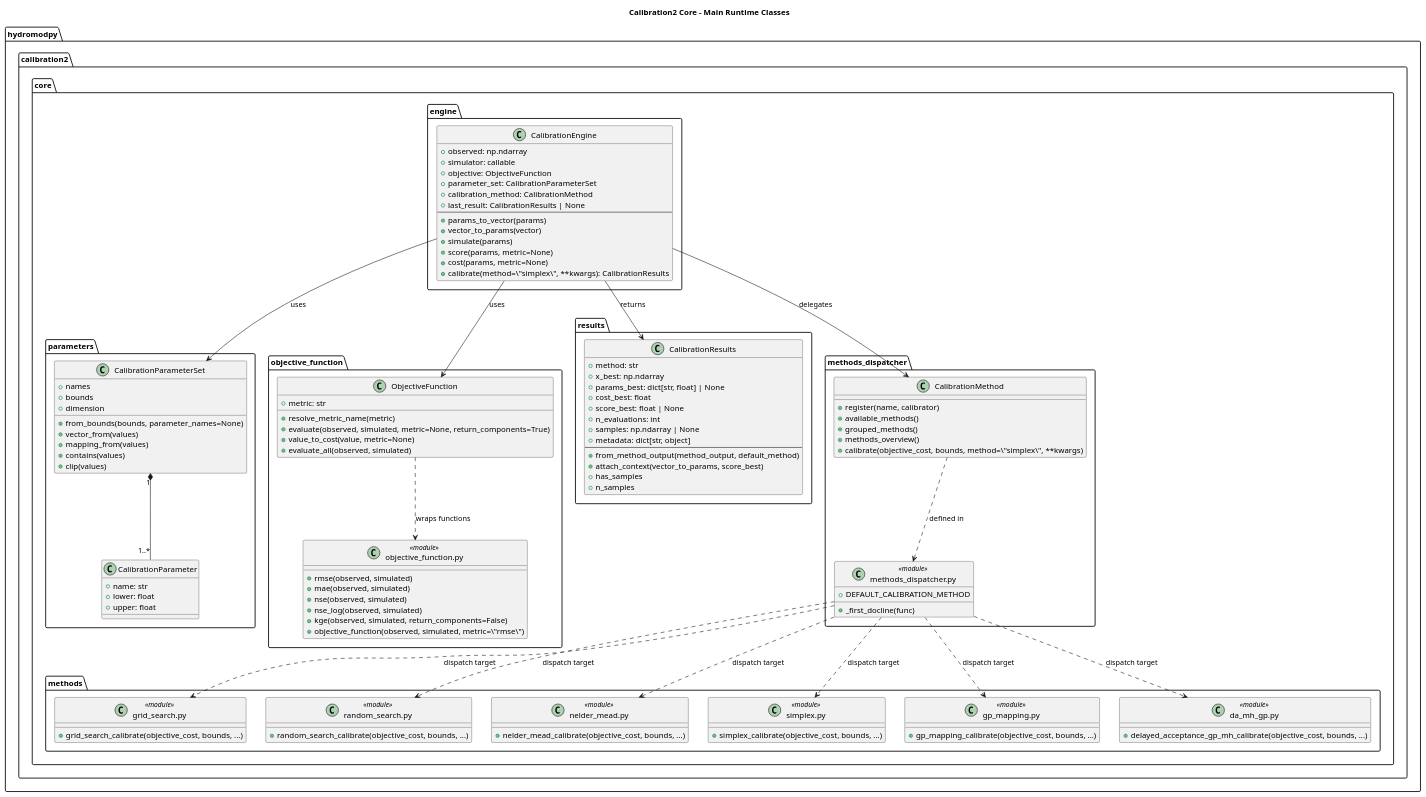
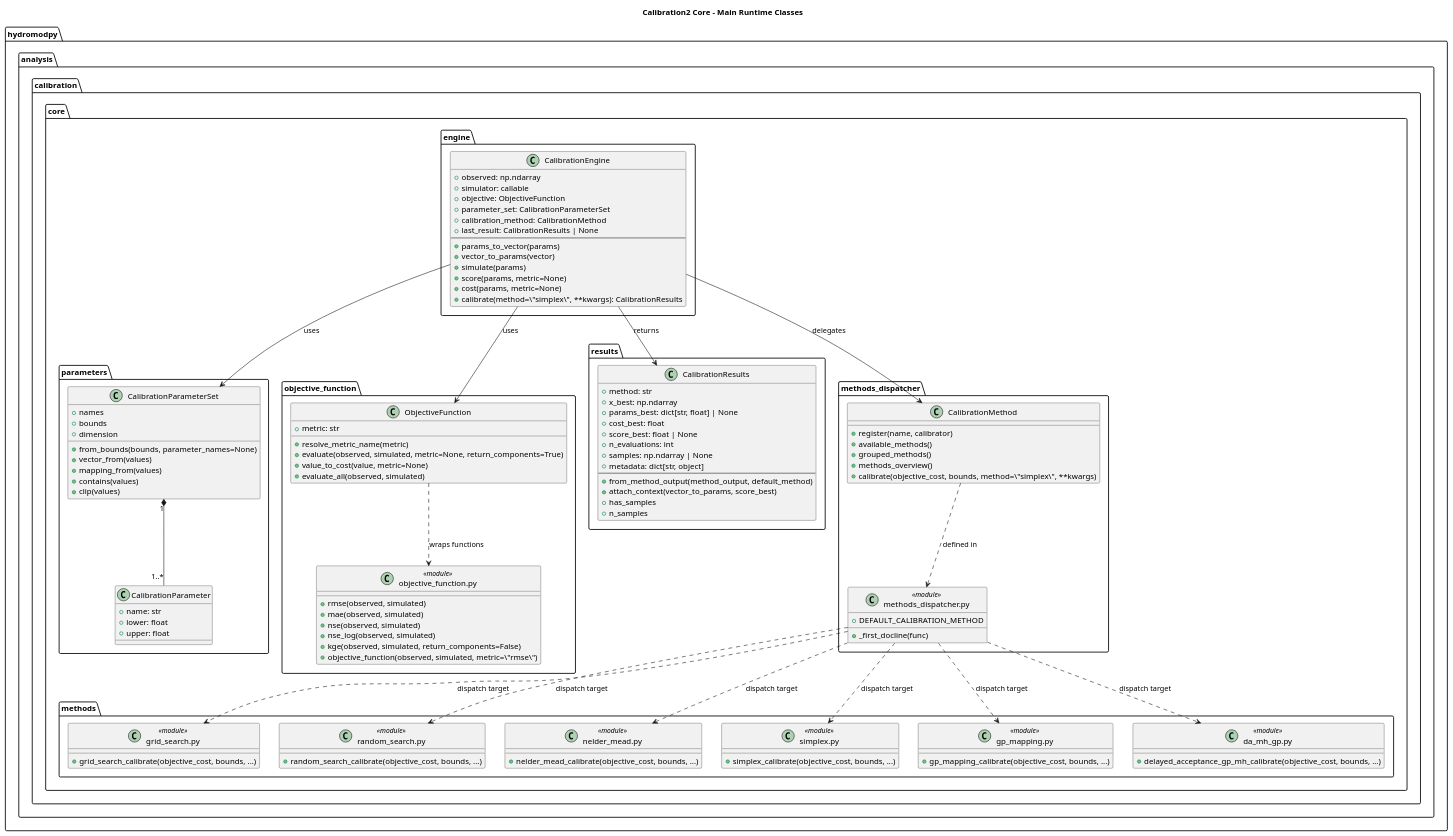
One commit to HydroModPy/HydroModPy changed the diagram in docs/readthedocs/source/architecture/calibration/diagrams/core_classes_main.wsd. Above: the diagram before and after it, drawn with PlantUML. The commit also changed 1238 other files, not shown here.

```diff
--- a/docs/readthedocs/source/architecture/calibration/diagrams/core_classes_main.wsd
+++ b/docs/readthedocs/source/architecture/calibration/diagrams/core_classes_main.wsd
@@ -1,129 +1,129 @@
 @startuml
 title Calibration2 Core - Main Runtime Classes
 
-package "hydromodpy.calibration2.core.parameters" {
+package "hydromodpy.analysis.calibration.core.parameters" {
   class CalibrationParameter {
     +name: str
     +lower: float
     +upper: float
   }
 
   class CalibrationParameterSet {
     +from_bounds(bounds, parameter_names=None)
     +names
     +bounds
     +dimension
     +vector_from(values)
     +mapping_from(values)
     +contains(values)
     +clip(values)
   }
 
   CalibrationParameterSet "1" *-- "1..*" CalibrationParameter
 }
 
-package "hydromodpy.calibration2.core.objective_function" {
+package "hydromodpy.analysis.calibration.core.objective_function" {
   class "objective_function.py" as ObjectiveModule <<module>> {
     +rmse(observed, simulated)
     +mae(observed, simulated)
     +nse(observed, simulated)
     +nse_log(observed, simulated)
     +kge(observed, simulated, return_components=False)
     +objective_function(observed, simulated, metric=\"rmse\")
   }
 
   class ObjectiveFunction {
     +metric: str
     +resolve_metric_name(metric)
     +evaluate(observed, simulated, metric=None, return_components=True)
     +value_to_cost(value, metric=None)
     +evaluate_all(observed, simulated)
   }
 }
 
-package "hydromodpy.calibration2.core.results" {
+package "hydromodpy.analysis.calibration.core.results" {
   class CalibrationResults {
     +method: str
     +x_best: np.ndarray
     +params_best: dict[str, float] | None
     +cost_best: float
     +score_best: float | None
     +n_evaluations: int
     +samples: np.ndarray | None
     +metadata: dict[str, object]
     --
     +from_method_output(method_output, default_method)
     +attach_context(vector_to_params, score_best)
     +has_samples
     +n_samples
   }
 }
 
-package "hydromodpy.calibration2.core.methods_dispatcher" {
+package "hydromodpy.analysis.calibration.core.methods_dispatcher" {
   class "methods_dispatcher.py" as DispatcherModule <<module>> {
     +DEFAULT_CALIBRATION_METHOD
     +_first_docline(func)
   }
 
   class CalibrationMethod {
     +register(name, calibrator)
     +available_methods()
     +grouped_methods()
     +methods_overview()
     +calibrate(objective_cost, bounds, method=\"simplex\", **kwargs)
   }
 }
 
-package "hydromodpy.calibration2.core.engine" {
+package "hydromodpy.analysis.calibration.core.engine" {
   class CalibrationEngine {
     +observed: np.ndarray
     +simulator: callable
     +objective: ObjectiveFunction
     +parameter_set: CalibrationParameterSet
     +calibration_method: CalibrationMethod
     +last_result: CalibrationResults | None
     --
     +params_to_vector(params)
     +vector_to_params(vector)
     +simulate(params)
     +score(params, metric=None)
     +cost(params, metric=None)
     +calibrate(method=\"simplex\", **kwargs): CalibrationResults
   }
 }
 
-package "hydromodpy.calibration2.core.methods" {
+package "hydromodpy.analysis.calibration.core.methods" {
   class "grid_search.py" as GridSearchModule <<module>> {
     +grid_search_calibrate(objective_cost, bounds, ...)
   }
   class "random_search.py" as RandomSearchModule <<module>> {
     +random_search_calibrate(objective_cost, bounds, ...)
   }
   class "nelder_mead.py" as NelderMeadModule <<module>> {
     +nelder_mead_calibrate(objective_cost, bounds, ...)
   }
   class "simplex.py" as SimplexModule <<module>> {
     +simplex_calibrate(objective_cost, bounds, ...)
   }
   class "gp_mapping.py" as GpMappingModule <<module>> {
     +gp_mapping_calibrate(objective_cost, bounds, ...)
   }
   class "da_mh_gp.py" as DaMhGpModule <<module>> {
     +delayed_acceptance_gp_mh_calibrate(objective_cost, bounds, ...)
   }
 }
 
 CalibrationEngine --> ObjectiveFunction : uses
 CalibrationEngine --> CalibrationParameterSet : uses
 CalibrationEngine --> CalibrationMethod : delegates
 CalibrationEngine --> CalibrationResults : returns
 ObjectiveFunction ..> ObjectiveModule : wraps functions
 CalibrationMethod ..> DispatcherModule : defined in
 DispatcherModule ..> GridSearchModule : dispatch target
 DispatcherModule ..> RandomSearchModule : dispatch target
 DispatcherModule ..> NelderMeadModule : dispatch target
 DispatcherModule ..> SimplexModule : dispatch target
 DispatcherModule ..> GpMappingModule : dispatch target
 DispatcherModule ..> DaMhGpModule : dispatch target
 
 @enduml
```
